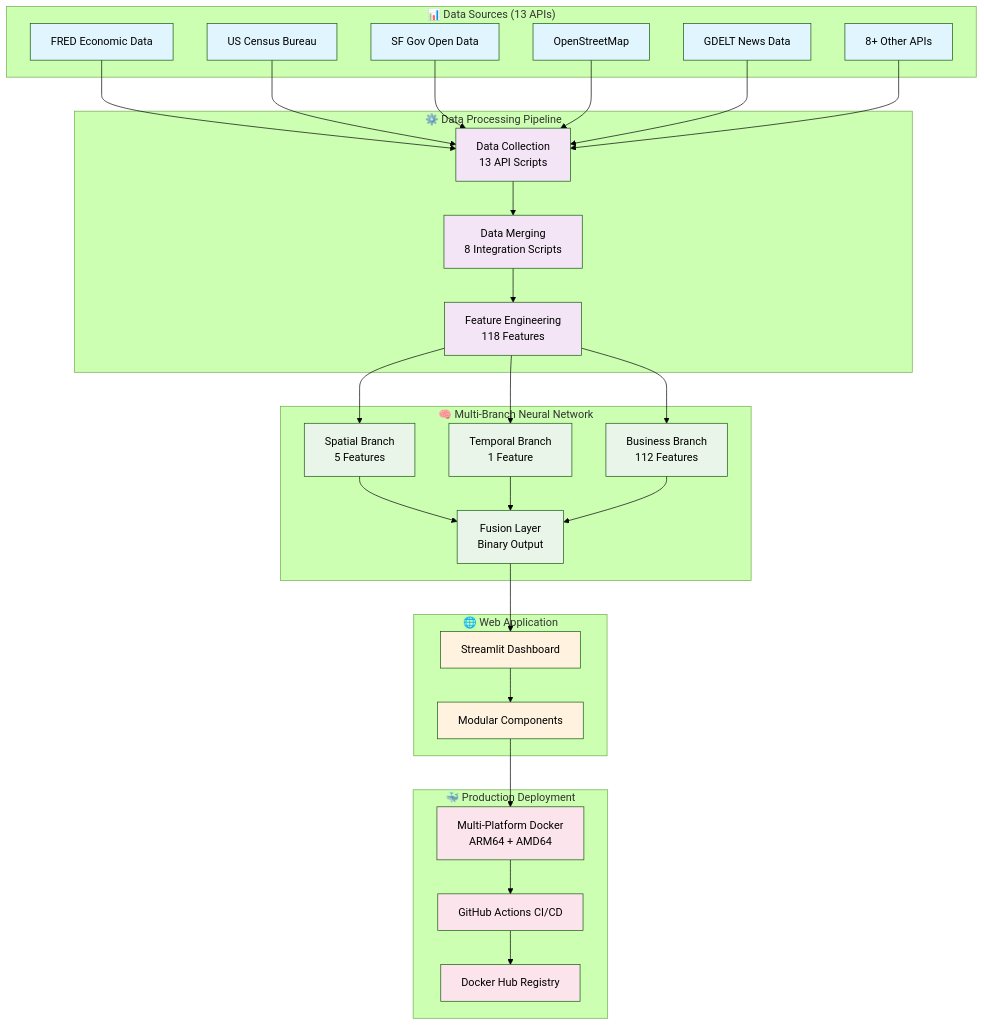
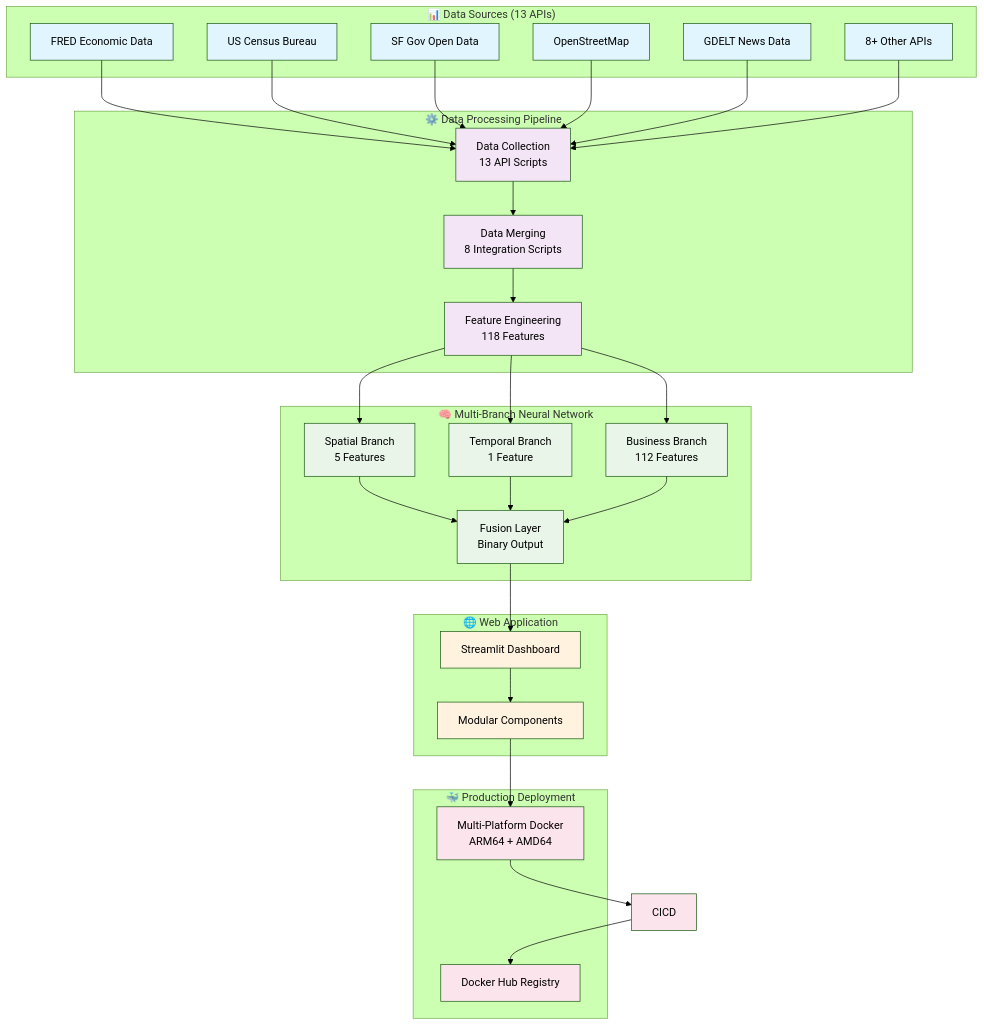
Before and after one commit to esengendo/San-Francisco-Business-Model: the diagram in README.md, drawn with Mermaid (forest theme). The commit also changed other lines of this file and 20 other files, not shown here.

````diff
--- a/README.md
+++ b/README.md
@@ -55,79 +54,78 @@
 ```mermaid
 graph TB
     %% Data Sources Layer
     subgraph "📊 Data Sources (13 APIs)"
         FRED[FRED Economic Data]
         CENSUS[US Census Bureau]
         SFGOV[SF Gov Open Data]
         OSM[OpenStreetMap]
         GDELT[GDELT News Data]
         OTHERS[8+ Other APIs]
     end
 
     %% Data Processing Layer
     subgraph "⚙️ Data Processing Pipeline"
         COLLECT[Data Collection<br/>13 API Scripts]
         MERGE[Data Merging<br/>8 Integration Scripts]
         FEATURES[Feature Engineering<br/>118 Features]
     end
 
     %% ML Model Layer
     subgraph "🧠 Multi-Branch Neural Network"
         SPATIAL[Spatial Branch<br/>5 Features]
         TEMPORAL[Temporal Branch<br/>1 Feature]
         BUSINESS[Business Branch<br/>112 Features]
         FUSION[Fusion Layer<br/>Binary Output]
     end
 
     %% Application Layer
     subgraph "🌐 Web Application"
         STREAMLIT[Streamlit Dashboard]
         COMPONENTS[Modular Components]
     end
 
     %% Deployment Layer
     subgraph "🐳 Production Deployment"
         DOCKER[Multi-Platform Docker<br/>ARM64 + AMD64]
-        CICD[GitHub Actions CI/CD]
         REGISTRY[Docker Hub Registry]
     end
 
     %% Data Flow
     FRED --> COLLECT
     CENSUS --> COLLECT
     SFGOV --> COLLECT
     OSM --> COLLECT
     GDELT --> COLLECT
     OTHERS --> COLLECT
 
     COLLECT --> MERGE
     MERGE --> FEATURES
     
     FEATURES --> SPATIAL
     FEATURES --> TEMPORAL
     FEATURES --> BUSINESS
     
     SPATIAL --> FUSION
     TEMPORAL --> FUSION
     BUSINESS --> FUSION
     
     FUSION --> STREAMLIT
     STREAMLIT --> COMPONENTS
     
     COMPONENTS --> DOCKER
     DOCKER --> CICD
     CICD --> REGISTRY
 
     %% Styling
     classDef dataSource fill:#e1f5fe
     classDef processing fill:#f3e5f5
     classDef model fill:#e8f5e8
     classDef app fill:#fff3e0
     classDef deploy fill:#fce4ec
 
     class FRED,CENSUS,SFGOV,OSM,GDELT,OTHERS dataSource
     class COLLECT,MERGE,FEATURES processing
     class SPATIAL,TEMPORAL,BUSINESS,FUSION model
     class STREAMLIT,COMPONENTS app
     class DOCKER,CICD,REGISTRY deploy
 ```
````
